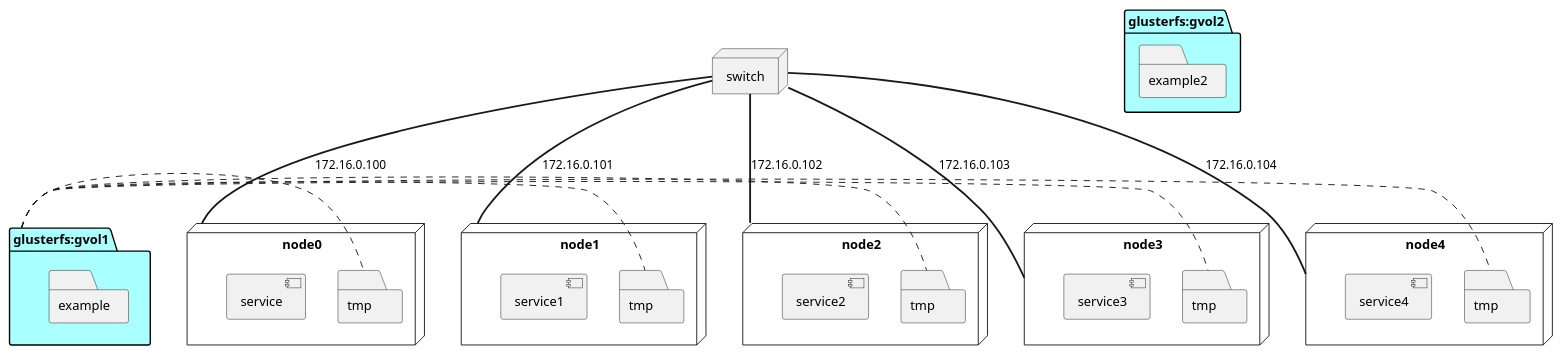
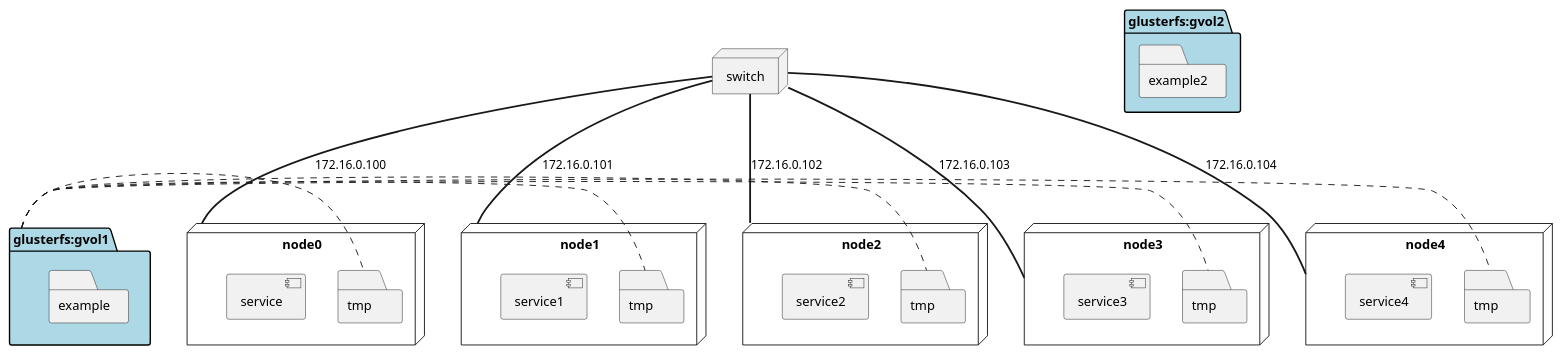
One commit to CAADE/C3 changed the diagram in docs/Solution/Physical.puml. Above: the diagram before and after it, drawn with PlantUML. The commit also changed 23 other files, not shown here.

Commit message:
Updates to High level architecture

```diff
--- a/docs/Solution/Physical.puml
+++ b/docs/Solution/Physical.puml
@@ -1,44 +1,44 @@
 @startuml
 
 node switch
-folder "glusterfs:gvol1" as gv1 #aaffff {
+folder "glusterfs:gvol1" as gv1 #lightblue {
         folder "example"
 }
-folder "glusterfs:gvol2" #aaffff {
+folder "glusterfs:gvol2" #lightblue {
         folder "example2"
 }
 node node0 {
     component service
     folder "tmp"
 }
 node node1 {
     component service1
     folder "tmp "
 }
 node node2 {
     component service2
     folder "tmp  "
 }
 node node3 {
     component service3
     folder "tmp   "
 }
 node node4 {
 
     component service4
     folder "tmp    "
 }
 
 switch === node0 : 172.16.0.100
 switch === node1 : 172.16.0.101
 switch === node2 : 172.16.0.102
 switch === node3 : 172.16.0.103
 switch === node4 : 172.16.0.104
 
 gv1 . tmp
 gv1 . (tmp )
 gv1 . (tmp  )
 gv1 . (tmp   )
 gv1 . (tmp    )
 
 @enduml
```
